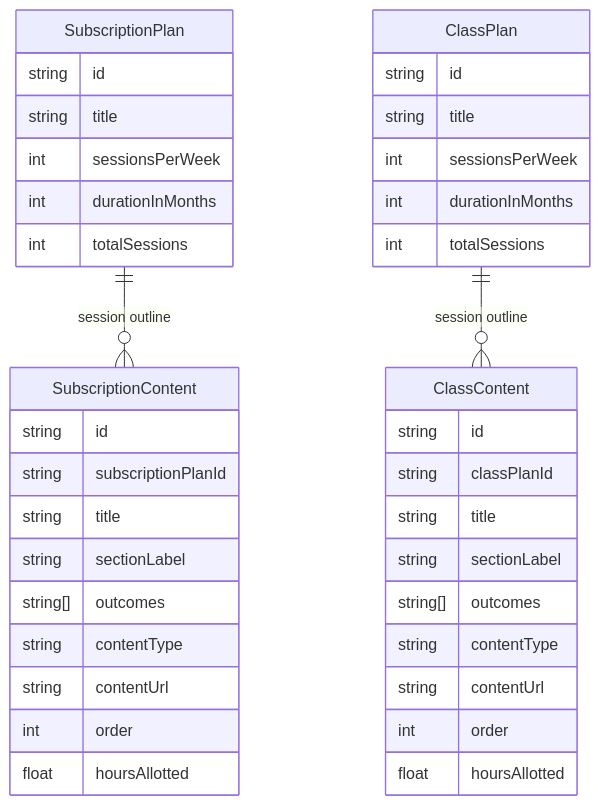
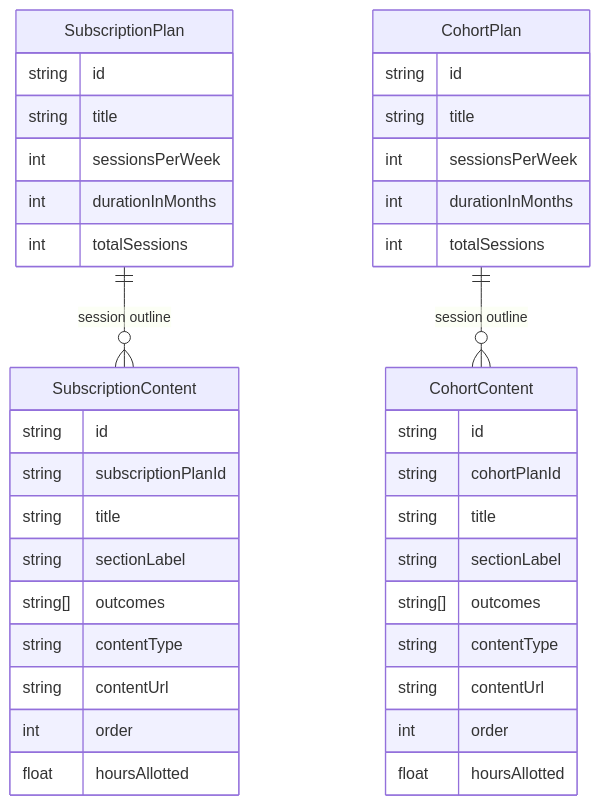
One commit to Practitionist/familiarise_web changed the seventh of 24 diagrams in docs/prisma/00-schema-map.md. Above: the diagram before and after it, drawn with Mermaid. The commit also changed other lines of this file and 89 other files, not shown here.

````diff
--- a/docs/prisma/00-schema-map.md
+++ b/docs/prisma/00-schema-map.md
@@ -526,42 +526,42 @@
 ```mermaid
 erDiagram
     SubscriptionPlan {
         string id
         string title
         int sessionsPerWeek
         int durationInMonths
         int totalSessions
     }
     SubscriptionContent {
         string id
         string subscriptionPlanId
         string title
         string sectionLabel
         string[] outcomes
         string contentType
         string contentUrl
         int order
         float hoursAllotted
     }
-    ClassPlan {
+    CohortPlan {
         string id
         string title
         int sessionsPerWeek
         int durationInMonths
         int totalSessions
     }
-    ClassContent {
+    CohortContent {
         string id
-        string classPlanId
+        string cohortPlanId
         string title
         string sectionLabel
         string[] outcomes
         string contentType
         string contentUrl
         int order
         float hoursAllotted
     }
 
     SubscriptionPlan ||--o{ SubscriptionContent : "session outline"
-    ClassPlan ||--o{ ClassContent : "session outline"
+    CohortPlan ||--o{ CohortContent : "session outline"
 ```
````
